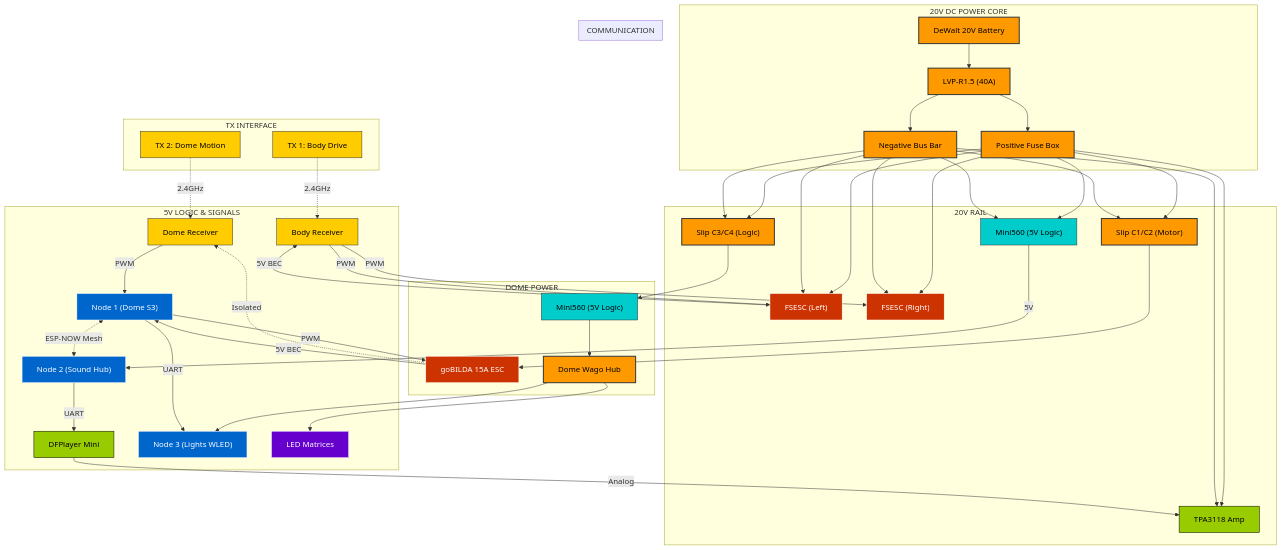
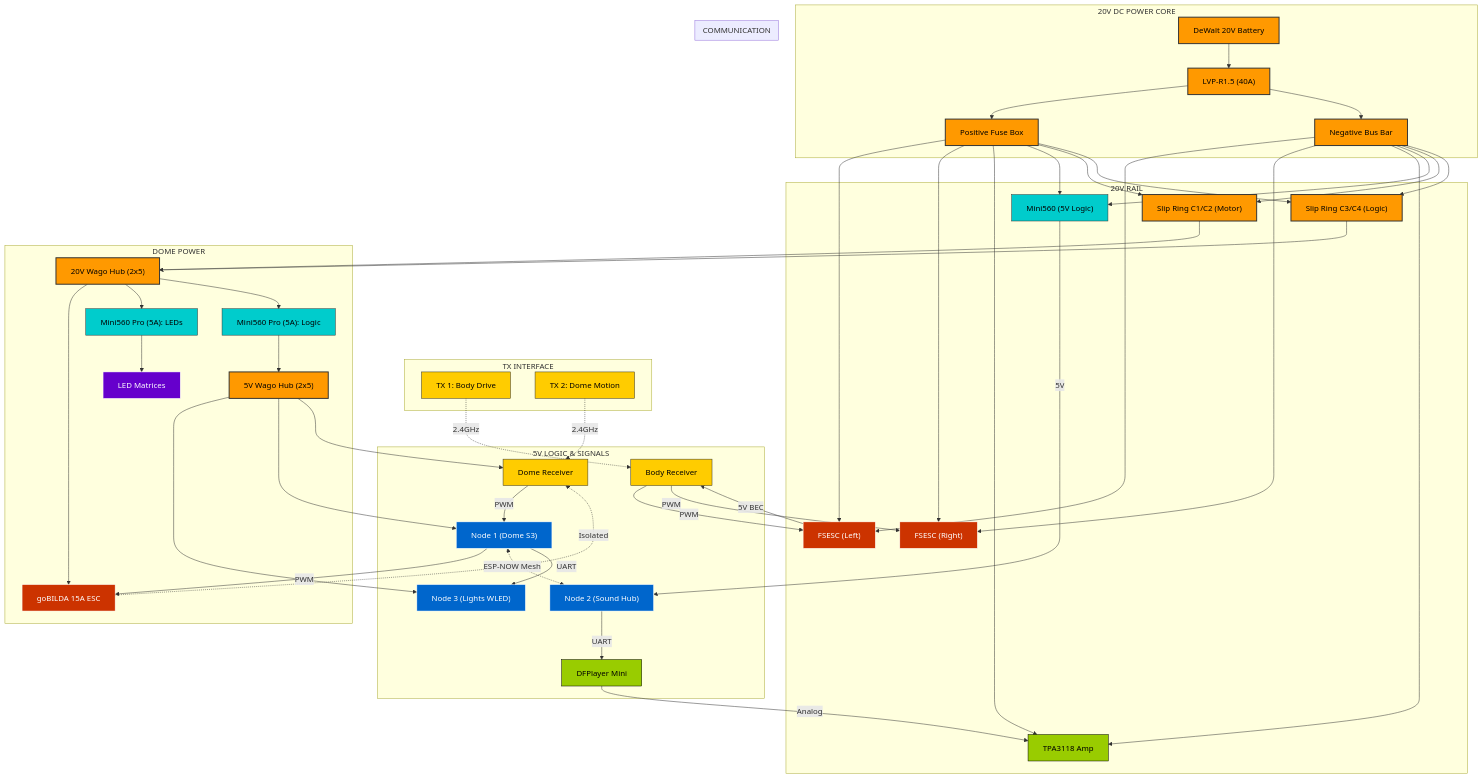
The diagram in docs/architecture/electrical-schematic.md (Ruzzler/Wee2-D2), drawn with Mermaid before and after one commit. The commit also changed 8 other files, not shown here.

Commit message:
docs(architecture): sync electrical maps with ganged trunk and dual buck logic

```diff
--- a/docs/architecture/electrical-schematic.md
+++ b/docs/architecture/electrical-schematic.md
@@ -41,9 +41,15 @@
  end
 
  subgraph DOME_DISTRIBUTION [DOME POWER]
- SLIP1 --> DOME_ESC["goBILDA 15A ESC"]:::drive
- SLIP2 --> DOME_BUCK["Mini560 (5V Logic)"]:::logic
- DOME_BUCK --> DOME_WAGOS["Dome Wago Hub"]:::power
+ SLIP1["Slip Ring C1/C2 (Motor)"]:::power --> DOME_WAGO_20V["20V Wago Hub (2x5)"]:::power
+ SLIP2["Slip Ring C3/C4 (Logic)"]:::power --> DOME_WAGO_20V
+ 
+ DOME_WAGO_20V --> DOME_ESC["goBILDA 15A ESC"]:::drive
+ DOME_WAGO_20V --> BUCK_LEDS["Mini560 Pro (5A): LEDs"]:::logic
+ DOME_WAGO_20V --> BUCK_LOGIC["Mini560 Pro (5A): Logic"]:::logic
+ 
+ BUCK_LEDS --> LEDS["LED Matrices"]:::lights
+ BUCK_LOGIC --> DOME_WAGO_5V["5V Wago Hub (2x5)"]:::power
  end
 
  subgraph LOGIC_RAIL [5V LOGIC & SIGNALS]
@@ -53,9 +59,9 @@
  
  DOME_ESC -.->|Isolated| RC2["Dome Receiver"]:::signal
 
- DOME_WAGOS --> NODE_3["Node 3 (Lights WLED)"]:::brain
- DOME_ESC -->|5V BEC| NODE_1["Node 1 (Dome S3)"]:::brain
- DOME_WAGOS --> LEDS["LED Matrices"]:::lights
+ DOME_WAGO_5V --> NODE_3["Node 3 (Lights WLED)"]:::brain
+ DOME_WAGO_5V --> NODE_1["Node 1 (Dome S3)"]:::brain
+ DOME_WAGO_5V --> RC2
  end
 
  subgraph INTERCONNECTS [COMMUNICATION]
@@ -77,7 +83,7 @@
  click ESC2 href "../hardware/flipsky-fsesc-67-pro-manual.md" "ESC Manual"
  click AUDIO href "../hardware/dfplayer-mini-spec.md" "Audio Hub Spec"
  click SLIP1 href "node-pinout-guide.md" "Slip Ring Pinouts"
- click DOME_BUCK href "../bill-of-materials.md" "BOM"
+ click BUCK_LOGIC href "../bill-of-materials.md" "BOM"
  click RC1 href "../hardware/hotrc-f06a-manual.md" "Receiver Manual"
  click RC2 href "../hardware/hotrc-f06a-manual.md" "Receiver Manual"
  click NODE_1 href "node-1-dome-motion.md" "Node 1"
```
